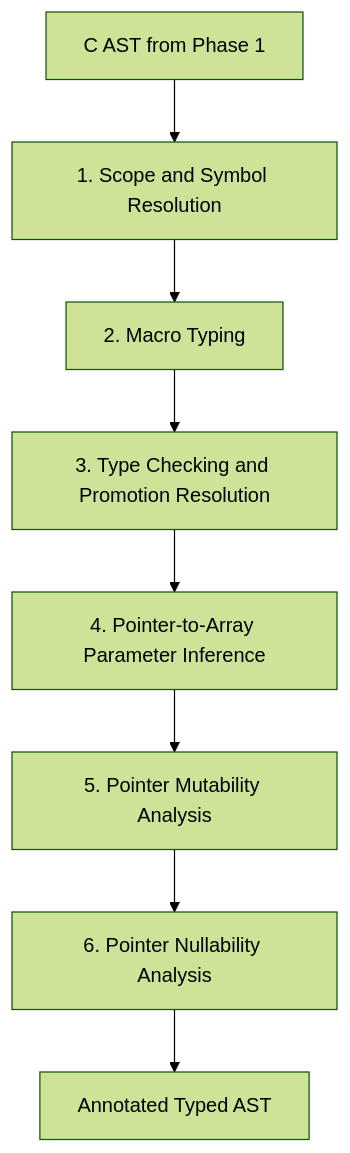
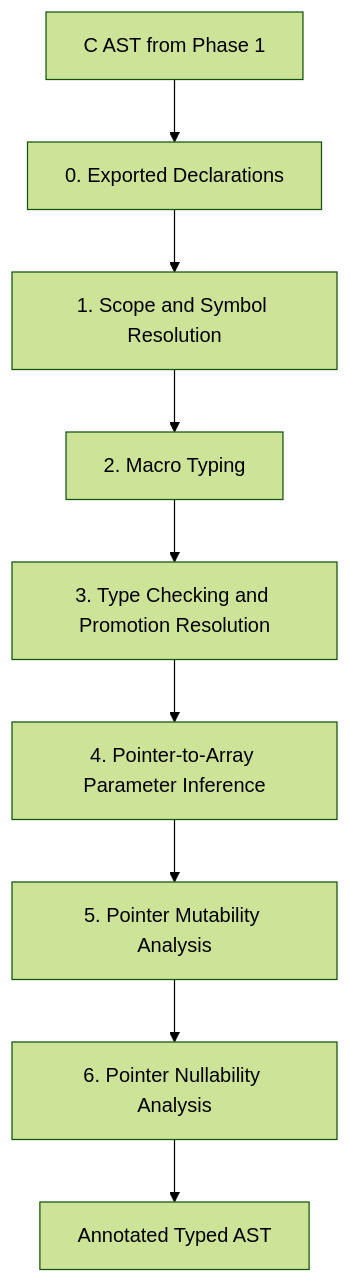
One commit to voelklmichael/doom_v4 changed the diagram in docs/02_TYPECHECKER.md. Above: the diagram before and after it, drawn with Mermaid (forest theme). The commit also changed other lines of this file and 1 other file, not shown here.

First line of the commit message:
docs(typechecker): add step 0, exported declarations

````diff
--- a/docs/02_TYPECHECKER.md
+++ b/docs/02_TYPECHECKER.md
@@ -35,10 +39,11 @@
 ```mermaid
 flowchart TD
-    AST[C AST from Phase 1] --> Scope[1. Scope and Symbol Resolution]
+    AST[C AST from Phase 1] --> Export[0. Exported Declarations]
+    Export --> Scope[1. Scope and Symbol Resolution]
     Scope --> MacroType[2. Macro Typing]
     MacroType --> Typecheck[3. Type Checking and Promotion Resolution]
     Typecheck --> ArrayInf[4. Pointer-to-Array Parameter Inference]
     ArrayInf --> MutInf[5. Pointer Mutability Analysis]
     MutInf --> NullInf[6. Pointer Nullability Analysis]
     NullInf --> AnnotAST[Annotated Typed AST]
 ```
````
